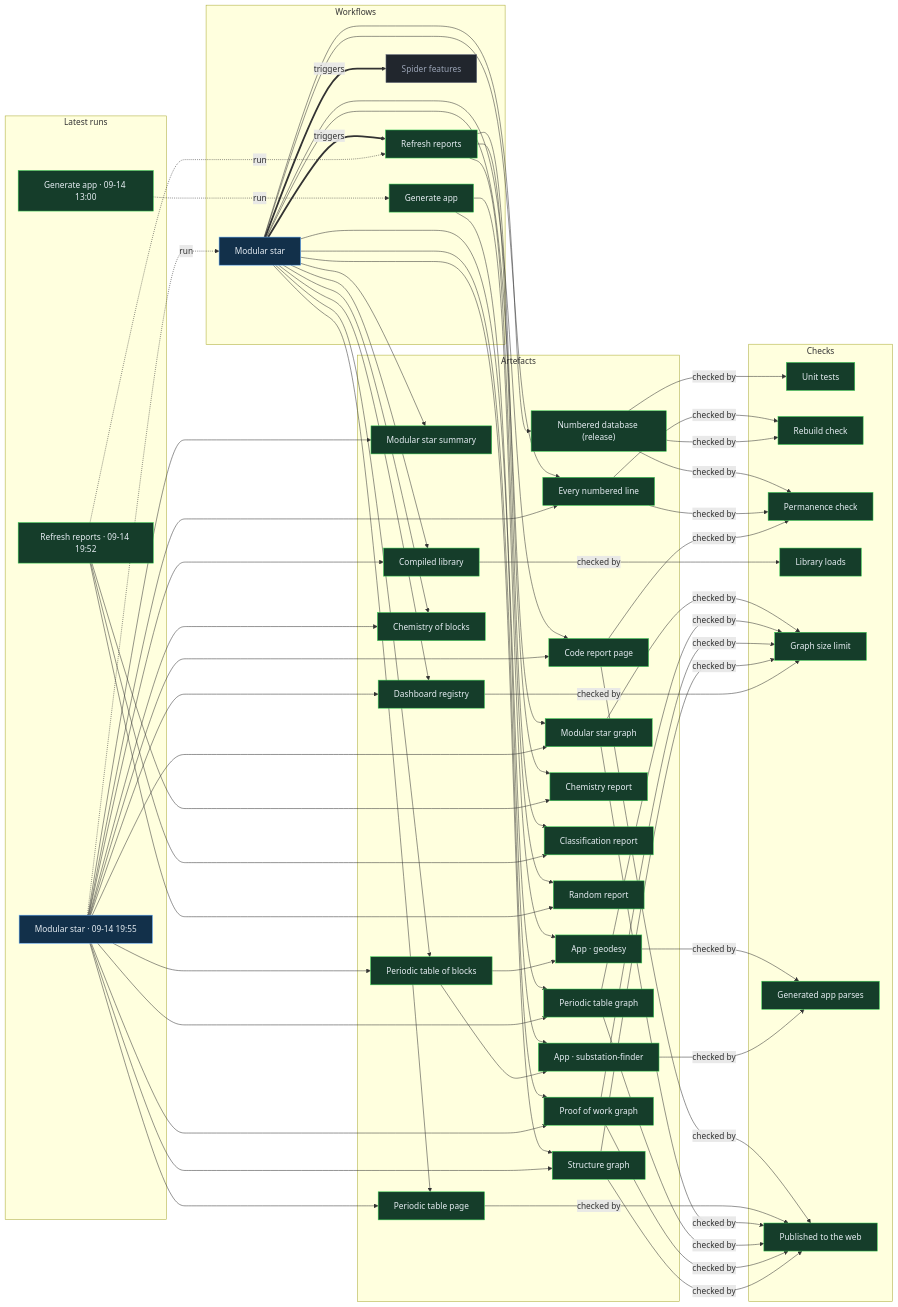
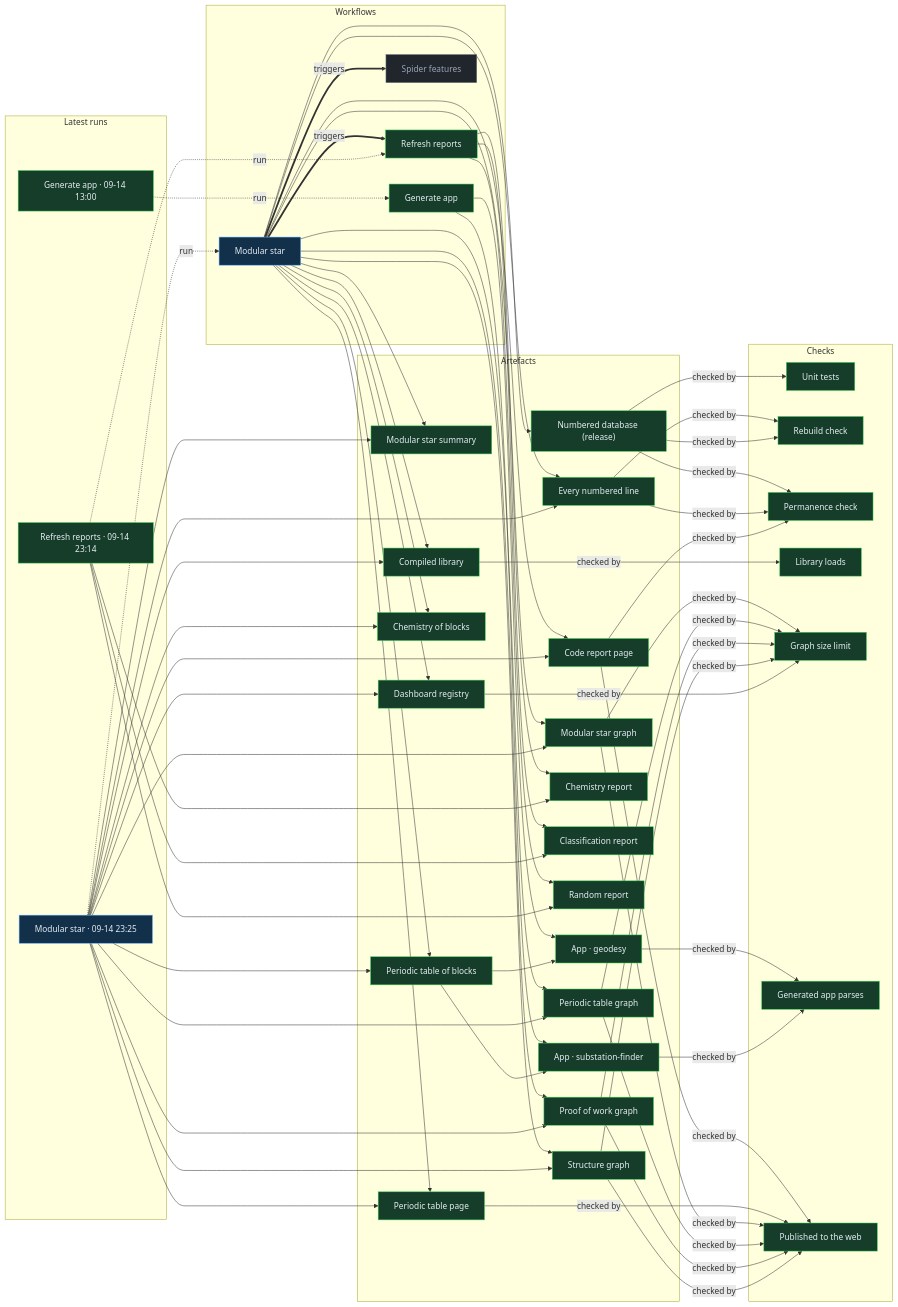
The diagram in proof/PROOF.md (Ventusltd/stars), drawn with Mermaid before and after one commit. The commit also changed other lines of this file and 98 other files, not shown here.

Commit message:
Modular star 2026-09-14T23:27Z

```diff
--- a/proof/PROOF.md
+++ b/proof/PROOF.md
@@ -24,8 +24,8 @@
   n_wf_spider_features["Spider features"]:::off
   end
   subgraph g_runs["Latest runs"]
-  n_run_34889819508["Modular star · 09-14 19:55"]:::live
-  n_run_34889502484["Refresh reports · 09-14 19:52"]:::ok
+  n_run_34908778742["Modular star · 09-14 23:25"]:::live
+  n_run_34907888415["Refresh reports · 09-14 23:14"]:::ok
   n_run_34846587798["Generate app · 09-14 13:00"]:::ok
   end
   subgraph g_artefacts["Artefacts"]
@@ -59,39 +59,39 @@
   end
   n_wf_modular_star == triggers ==> n_wf_refresh
   n_wf_modular_star == triggers ==> n_wf_spider_features
-  n_run_34889819508 -. run .-> n_wf_modular_star
-  n_run_34889502484 -. run .-> n_wf_refresh
+  n_run_34908778742 -. run .-> n_wf_modular_star
+  n_run_34907888415 -. run .-> n_wf_refresh
   n_run_34846587798 -. run .-> n_wf_generate
   n_wf_modular_star --> n_art_summary
-  n_run_34889819508 --> n_art_summary
+  n_run_34908778742 --> n_art_summary
   n_wf_modular_star --> n_art_lines
-  n_run_34889819508 --> n_art_lines
+  n_run_34908778742 --> n_art_lines
   n_wf_modular_star --> n_art_code
-  n_run_34889819508 --> n_art_code
+  n_run_34908778742 --> n_art_code
   n_wf_modular_star --> n_art_modular_graph
-  n_run_34889819508 --> n_art_modular_graph
+  n_run_34908778742 --> n_art_modular_graph
   n_wf_modular_star --> n_art_blocks
-  n_run_34889819508 --> n_art_blocks
+  n_run_34908778742 --> n_art_blocks
   n_wf_modular_star --> n_art_table
-  n_run_34889819508 --> n_art_table
+  n_run_34908778742 --> n_art_table
   n_wf_modular_star --> n_art_blocks_graph
-  n_run_34889819508 --> n_art_blocks_graph
+  n_run_34908778742 --> n_art_blocks_graph
   n_wf_modular_star --> n_art_reactions
-  n_run_34889819508 --> n_art_reactions
+  n_run_34908778742 --> n_art_reactions
   n_wf_modular_star --> n_art_library
-  n_run_34889819508 --> n_art_library
+  n_run_34908778742 --> n_art_library
   n_wf_modular_star --> n_art_features
-  n_run_34889819508 --> n_art_features
+  n_run_34908778742 --> n_art_features
   n_wf_modular_star --> n_art_proof
-  n_run_34889819508 --> n_art_proof
+  n_run_34908778742 --> n_art_proof
   n_wf_modular_star --> n_art_structure
-  n_run_34889819508 --> n_art_structure
+  n_run_34908778742 --> n_art_structure
   n_wf_refresh --> n_art_chemistry
-  n_run_34889502484 --> n_art_chemistry
+  n_run_34907888415 --> n_art_chemistry
   n_wf_refresh --> n_art_vedic
-  n_run_34889502484 --> n_art_vedic
+  n_run_34907888415 --> n_art_vedic
   n_wf_refresh --> n_art_random
-  n_run_34889502484 --> n_art_random
+  n_run_34907888415 --> n_art_random
   n_wf_modular_star --> n_art_release
   n_wf_generate --> n_app_geodesy
   n_art_blocks --> n_app_geodesy
```
